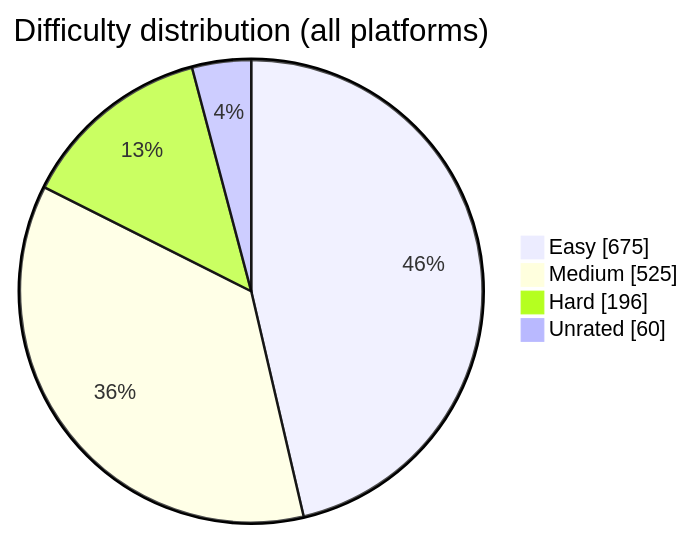
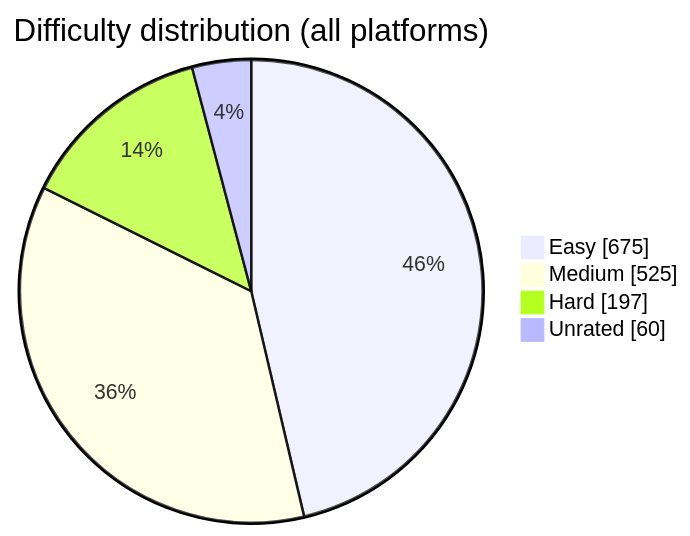
The diagram in README.md (BuildbyArindam/Daily-Coding-Log), drawn with Mermaid before and after one commit. The commit also changed other lines of this file, not shown here.

````diff
--- a/README.md
+++ b/README.md
@@ -93,7 +93,7 @@
 ```mermaid
 pie showData title Difficulty distribution (all platforms)
     "Easy" : 675
     "Medium" : 525
-    "Hard" : 196
+    "Hard" : 197
     "Unrated" : 60
 ```
````
